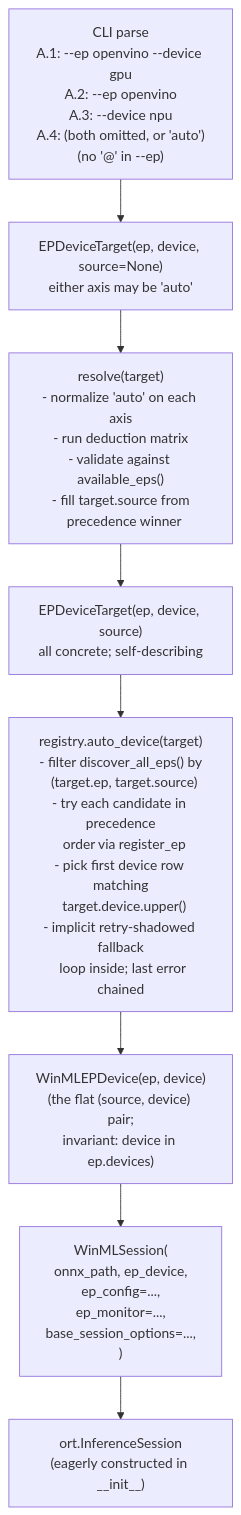
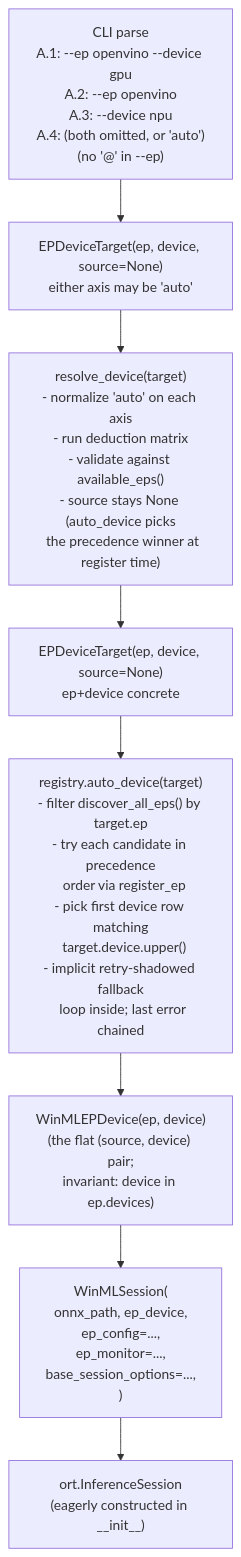
One commit to microsoft/winml-cli changed the first of 4 diagrams in docs/design/session/2_coreloop.md. Above: the diagram before and after it, drawn with Mermaid. The commit also changed other lines of this file and 13 other files, not shown here.

First line of the commit message:
refactor(session): typed resolve_device(target) + 2_coreloop.md reorg

````diff
--- a/docs/design/session/2_coreloop.md
+++ b/docs/design/session/2_coreloop.md
@@ -410,19 +561,19 @@
 ```mermaid
 flowchart TD
     cli["CLI parse<br/>A.1: --ep openvino --device gpu<br/>A.2: --ep openvino<br/>A.3: --device npu<br/>A.4: (both omitted, or 'auto')<br/>(no '@' in --ep)"]
     target_in["EPDeviceTarget(ep, device, source=None)<br/>either axis may be 'auto'"]
-    resolve["resolve(target)<br/>- normalize 'auto' on each axis<br/>- run deduction matrix<br/>- validate against available_eps()<br/>- fill target.source from<br/>  precedence winner"]
-    target_out["EPDeviceTarget(ep, device, source)<br/>all concrete; self-describing"]
-    auto["registry.auto_device(target)<br/>- filter discover_all_eps() by<br/>  (target.ep, target.source)<br/>- try each candidate in precedence<br/>  order via register_ep<br/>- pick first device row matching<br/>  target.device.upper()<br/>- implicit retry-shadowed fallback<br/>  loop inside; last error chained"]
+    resolve["resolve_device(target)<br/>- normalize 'auto' on each axis<br/>- run deduction matrix<br/>- validate against available_eps()<br/>- source stays None (auto_device picks<br/>  the precedence winner at register time)"]
+    target_out["EPDeviceTarget(ep, device, source=None)<br/>ep+device concrete"]
+    auto["registry.auto_device(target)<br/>- filter discover_all_eps() by target.ep<br/>- try each candidate in precedence<br/>  order via register_ep<br/>- pick first device row matching<br/>  target.device.upper()<br/>- implicit retry-shadowed fallback<br/>  loop inside; last error chained"]
     pair["WinMLEPDevice(ep, device)<br/>(the flat (source, device) pair;<br/>invariant: device in ep.devices)"]
     ctor["WinMLSession(<br/>  onnx_path, ep_device,<br/>  ep_config=...,<br/>  ep_monitor=...,<br/>  base_session_options=...,<br/>)"]
     sess["ort.InferenceSession<br/>(eagerly constructed in __init__)"]
 
     cli --> target_in
     target_in --> resolve
     resolve --> target_out
     target_out --> auto
     auto --> pair
     pair --> ctor
     ctor --> sess
 ```
````
